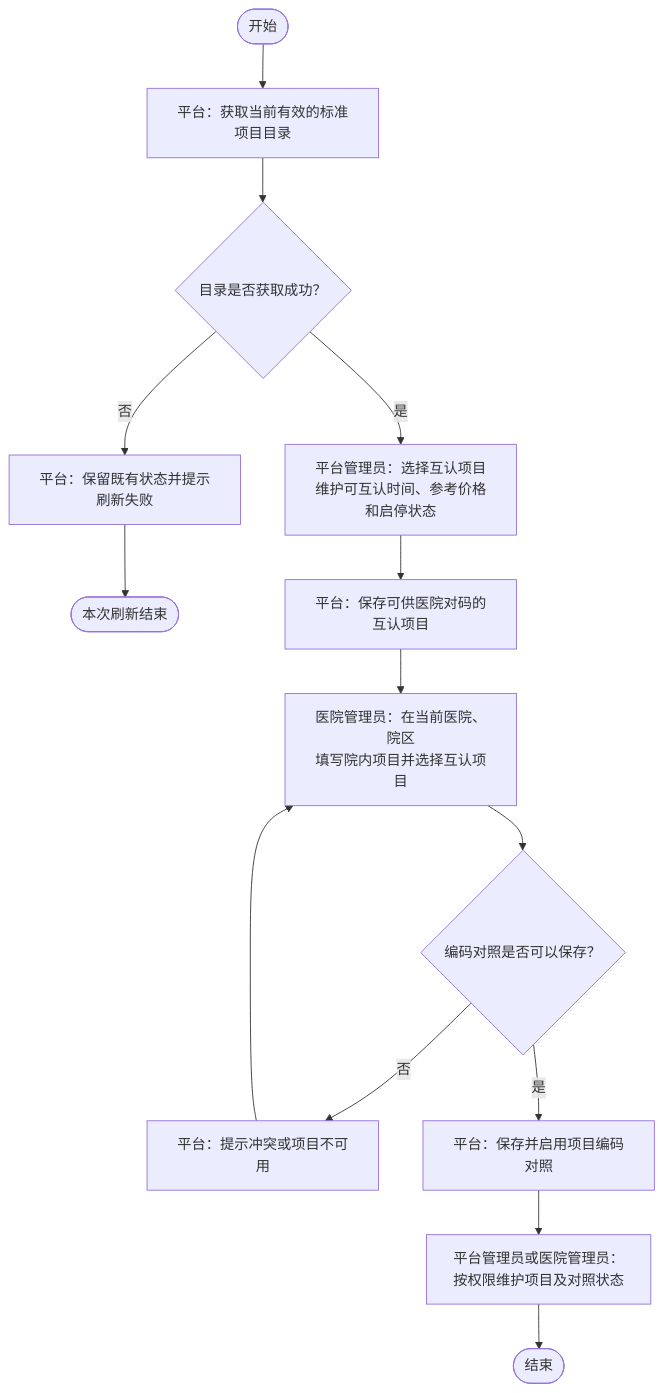
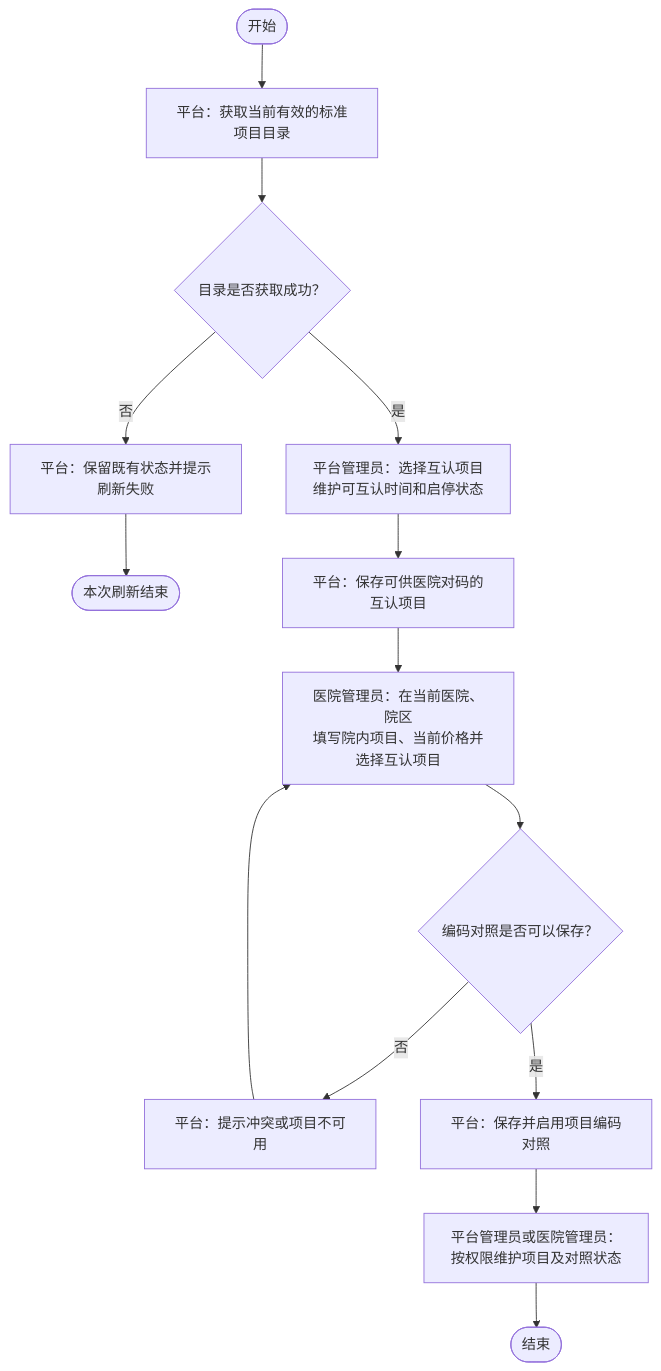
The second of 4 diagrams in docs/业务流程图.md (taskMain/Lis), drawn with Mermaid before and after one commit. The commit also changed other lines of this file and 1932 other files, not shown here.

````diff
--- a/docs/业务流程图.md
+++ b/docs/业务流程图.md
@@ -70,16 +70,16 @@
 ```mermaid
 flowchart TD
     S([开始]) --> A["平台：获取当前有效的标准项目目录"]
     A --> B{"目录是否获取成功？"}
     B -- "否" --> C["平台：保留既有状态并提示刷新失败"]
     C --> E1([本次刷新结束])
-    B -- "是" --> D["平台管理员：选择互认项目<br/>维护可互认时间、参考价格和启停状态"]
+    B -- "是" --> D["平台管理员：选择互认项目<br/>维护可互认时间和启停状态"]
     D --> E["平台：保存可供医院对码的互认项目"]
-    E --> F["医院管理员：在当前医院、院区<br/>填写院内项目并选择互认项目"]
+    E --> F["医院管理员：在当前医院、院区<br/>填写院内项目、当前价格并选择互认项目"]
     F --> G{"编码对照是否可以保存？"}
     G -- "否" --> H["平台：提示冲突或项目不可用"]
     H --> F
     G -- "是" --> I["平台：保存并启用项目编码对照"]
     I --> J["平台管理员或医院管理员：<br/>按权限维护项目及对照状态"]
     J --> END([结束])
 ```
````
